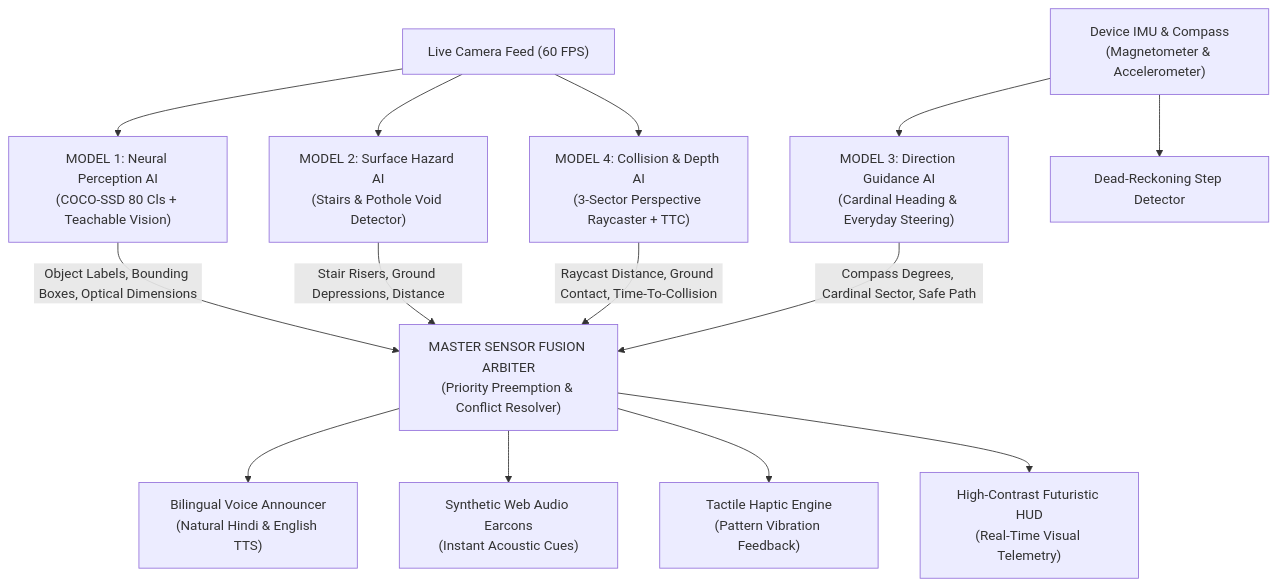
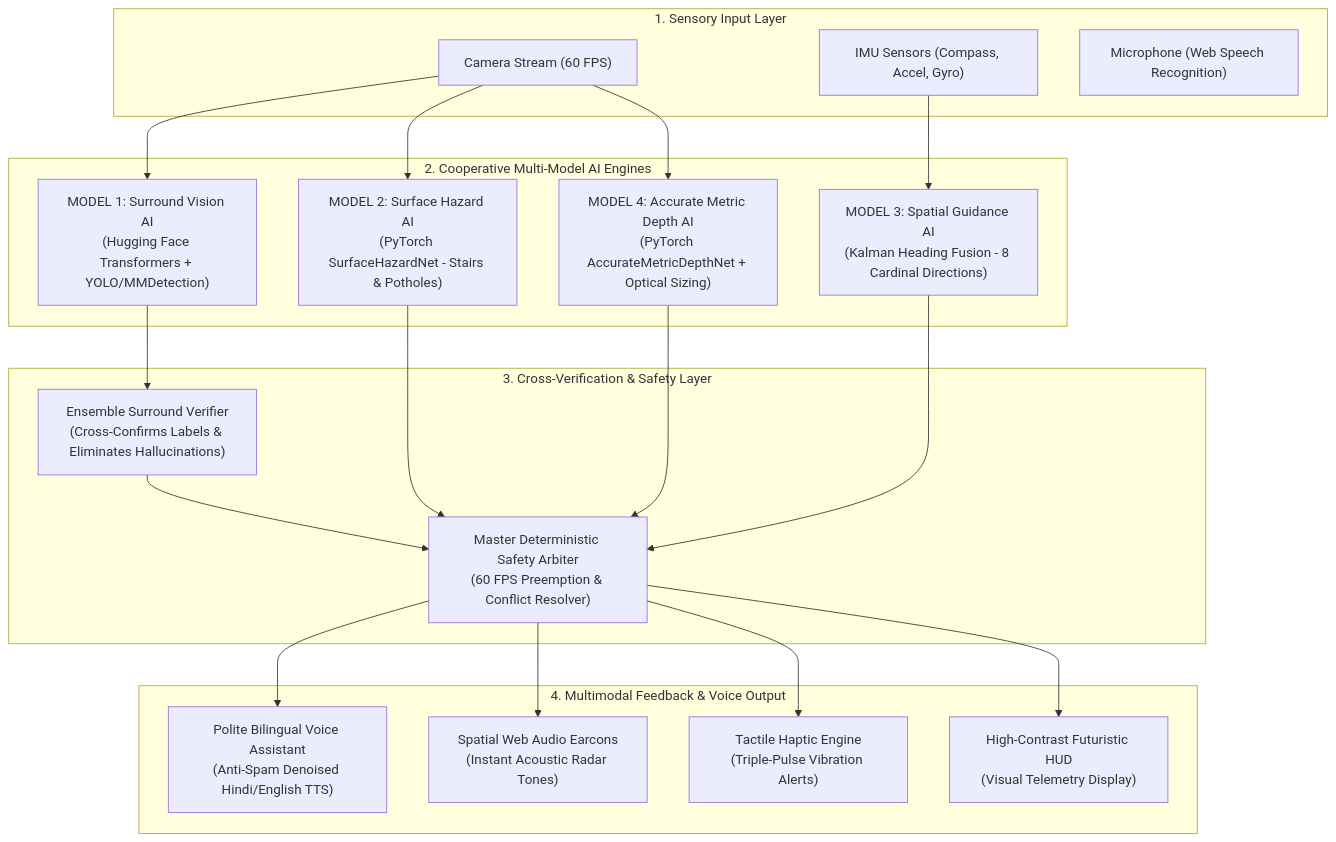
One commit to yashverma1611/drishti-saathi changed the diagram in README.md. Above: the diagram before and after it, drawn with Mermaid. The commit also changed other lines of this file and 1 other file, not shown here.

````diff
--- a/README.md
+++ b/README.md
@@ -26,19 +27,43 @@
 ```mermaid
 flowchart TD
-    Cam["Live Camera Feed (60 FPS)"] --> M1["MODEL 1: Neural Perception AI\n(COCO-SSD 80 Cls + Teachable Vision)"]
-    Cam --> M2["MODEL 2: Surface Hazard AI\n(Stairs & Pothole Void Detector)"]
-    Cam --> M4["MODEL 4: Collision & Depth AI\n(3-Sector Perspective Raycaster + TTC)"]
-    
-    Sensors["Device IMU & Compass\n(Magnetometer & Accelerometer)"] --> M3["MODEL 3: Direction Guidance AI\n(Cardinal Heading & Everyday Steering)"]
-    Sensors --> Steps["Dead-Reckoning Step Detector"]
+    subgraph INPUTS["1. Sensory Input Layer"]
+        CAM["Camera Stream (60 FPS)"]
+        IMU["IMU Sensors (Compass, Accel, Gyro)"]
+        MIC["Microphone (Web Speech Recognition)"]
+    end
 
-    M1 -->|"Object Labels, Bounding Boxes, Optical Dimensions"| Fusion["MASTER SENSOR FUSION ARBITER\n(Priority Preemption & Conflict Resolver)"]
-    M2 -->|"Stair Risers, Ground Depressions, Distance"| Fusion
-    M3 -->|"Compass Degrees, Cardinal Sector, Safe Path"| Fusion
-    M4 -->|"Raycast Distance, Ground Contact, Time-To-Collision"| Fusion
+    subgraph MODELS["2. Cooperative Multi-Model AI Engines"]
+        M1["MODEL 1: Surround Vision AI\n(Hugging Face Transformers + YOLO/MMDetection)"]
+        M2["MODEL 2: Surface Hazard AI\n(PyTorch SurfaceHazardNet - Stairs & Potholes)"]
+        M3["MODEL 3: Spatial Guidance AI\n(Kalman Heading Fusion - 8 Cardinal Directions)"]
+        M4["MODEL 4: Accurate Metric Depth AI\n(PyTorch AccurateMetricDepthNet + Optical Sizing)"]
+    end
 
-    Fusion --> Speech["Bilingual Voice Announcer\n(Natural Hindi & English TTS)"]
-    Fusion --> Earcons["Synthetic Web Audio Earcons\n(Instant Acoustic Cues)"]
-    Fusion --> Haptics["Tactile Haptic Engine\n(Pattern Vibration Feedback)"]
-    Fusion --> HUD["High-Contrast Futuristic HUD\n(Real-Time Visual Telemetry)"]
+    subgraph ARBITER_LAYER["3. Cross-Verification & Safety Layer"]
+        VERIFY["Ensemble Surround Verifier\n(Cross-Confirms Labels & Eliminates Hallucinations)"]
+        ARBITER["Master Deterministic Safety Arbiter\n(60 FPS Preemption & Conflict Resolver)"]
+    end
+
+    subgraph OUTPUTS["4. Multimodal Feedback & Voice Output"]
+        VOICE["Polite Bilingual Voice Assistant\n(Anti-Spam Denoised Hindi/English TTS)"]
+        AUDIO["Spatial Web Audio Earcons\n(Instant Acoustic Radar Tones)"]
+        HAPTIC["Tactile Haptic Engine\n(Triple-Pulse Vibration Alerts)"]
+        HUD["High-Contrast Futuristic HUD\n(Visual Telemetry Display)"]
+    end
+
+    CAM --> M1
+    CAM --> M2
+    CAM --> M4
+    IMU --> M3
+
+    M1 --> VERIFY
+    VERIFY --> ARBITER
+    M2 --> ARBITER
+    M3 --> ARBITER
+    M4 --> ARBITER
+
+    ARBITER --> VOICE
+    ARBITER --> AUDIO
+    ARBITER --> HAPTIC
+    ARBITER --> HUD
 ```
````
